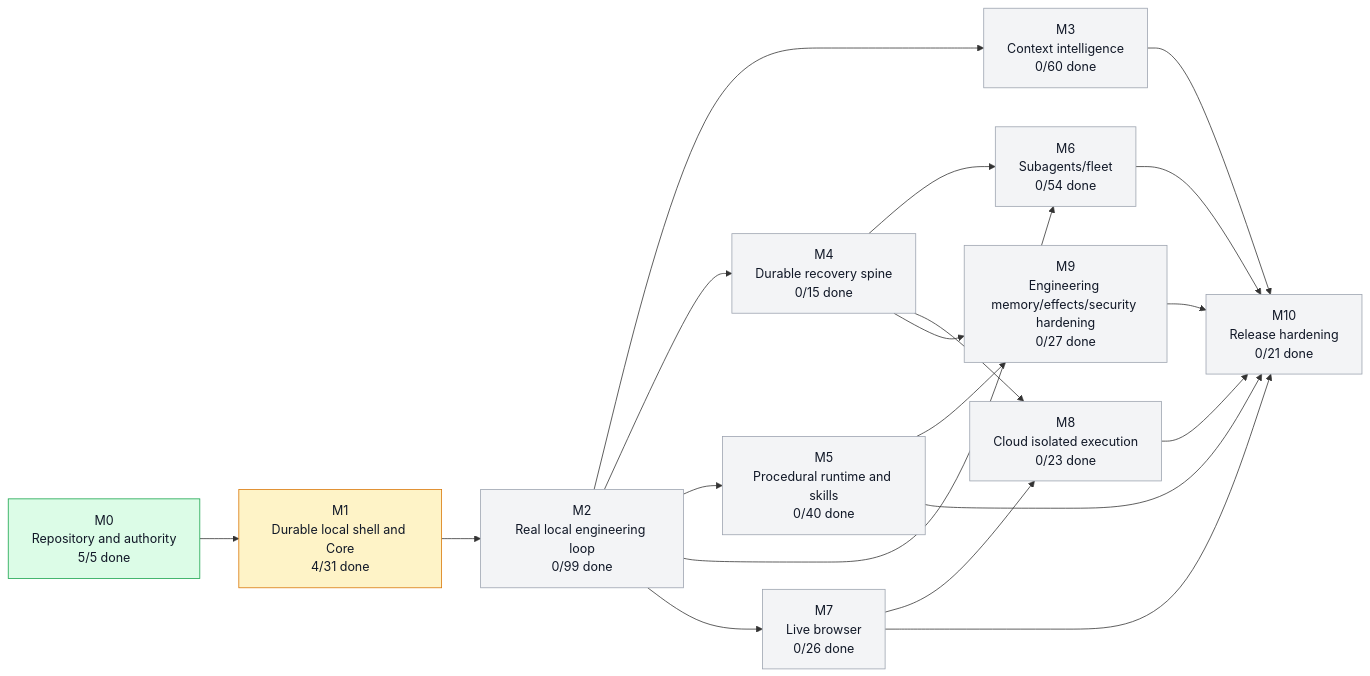
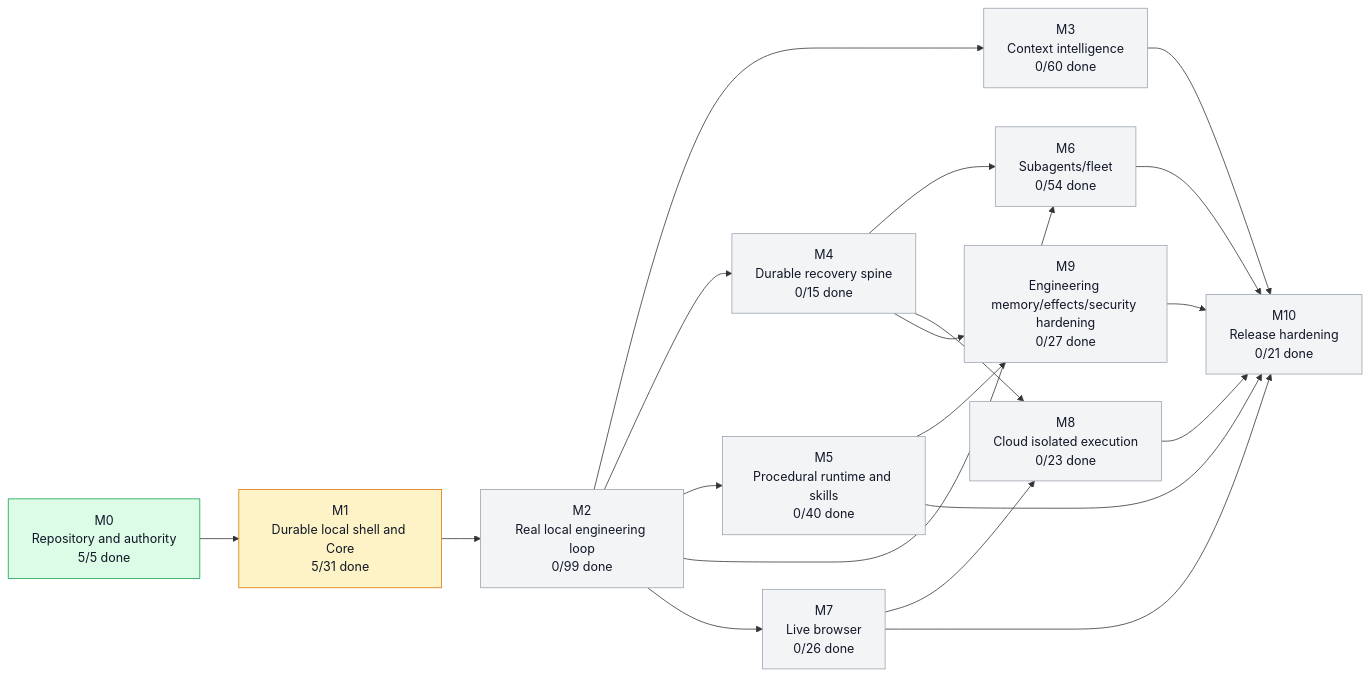
The first of 5 diagrams in graph/PROJECT_GRAPH.md (moss101/modbit), drawn with Mermaid before and after one commit. The commit also changed other lines of this file and 6 other files, not shown here.

````diff
--- a/graph/PROJECT_GRAPH.md
+++ b/graph/PROJECT_GRAPH.md
@@ -57,43 +57,43 @@
 ```mermaid
 flowchart LR
   M0["M0<br/>Repository and authority<br/>5/5 done"]
-  M1["M1<br/>Durable local shell and Core<br/>4/31 done"]
+  M1["M1<br/>Durable local shell and Core<br/>5/31 done"]
   M2["M2<br/>Real local engineering loop<br/>0/99 done"]
   M3["M3<br/>Context intelligence<br/>0/60 done"]
   M4["M4<br/>Durable recovery spine<br/>0/15 done"]
   M5["M5<br/>Procedural runtime and skills<br/>0/40 done"]
   M6["M6<br/>Subagents/fleet<br/>0/54 done"]
   M7["M7<br/>Live browser<br/>0/26 done"]
   M8["M8<br/>Cloud isolated execution<br/>0/23 done"]
   M9["M9<br/>Engineering memory/effects/security hardening<br/>0/27 done"]
   M10["M10<br/>Release hardening<br/>0/21 done"]
   M0 --> M1
   M1 --> M2
   M2 --> M3
   M2 --> M4
   M2 --> M5
   M2 --> M6
   M4 --> M6
   M2 --> M7
   M4 --> M8
   M7 --> M8
   M4 --> M9
   M5 --> M9
   M3 --> M10
   M5 --> M10
   M6 --> M10
   M7 --> M10
   M8 --> M10
   M9 --> M10
   style M0 fill:#dcfce7,stroke:#16a34a,color:#111827
   style M1 fill:#fef3c7,stroke:#d97706,color:#111827
   style M2 fill:#f3f4f6,stroke:#9ca3af,color:#111827
   style M3 fill:#f3f4f6,stroke:#9ca3af,color:#111827
   style M4 fill:#f3f4f6,stroke:#9ca3af,color:#111827
   style M5 fill:#f3f4f6,stroke:#9ca3af,color:#111827
   style M6 fill:#f3f4f6,stroke:#9ca3af,color:#111827
   style M7 fill:#f3f4f6,stroke:#9ca3af,color:#111827
   style M8 fill:#f3f4f6,stroke:#9ca3af,color:#111827
   style M9 fill:#f3f4f6,stroke:#9ca3af,color:#111827
   style M10 fill:#f3f4f6,stroke:#9ca3af,color:#111827
 ```
````
